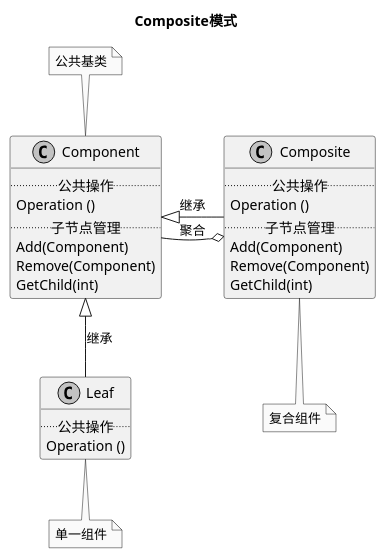
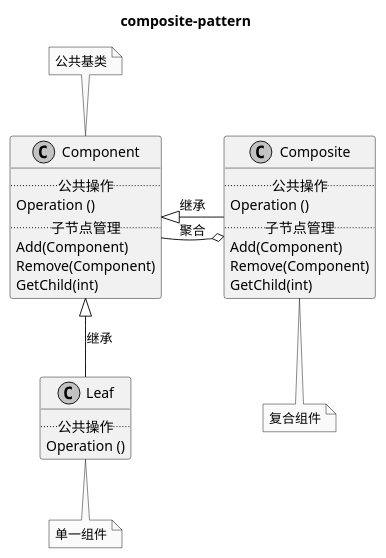
Before and after one commit to bestofsong/design-pattern: the diagram in graphs/composite.plantuml, drawn with PlantUML. The commit also changed 11 other files, not shown here.

```diff
--- a/graphs/composite.plantuml
+++ b/graphs/composite.plantuml
@@ -1,43 +1,43 @@
 @startuml
-title Composite模式
+title composite-pattern
 skinparam monochrome true
 
 class Component {
   ..公共操作..
   Operation ()
   ..子节点管理..
   Add(Component)
   Remove(Component)
   GetChild(int)
 }
 
 note top of Component
 公共基类
 end note
 
 class Leaf {
   ..公共操作..
   Operation ()
 }
 note bottom of Leaf
 单一组件
 end note
 
 class Composite {
   ..公共操作..
   Operation ()
   ..子节点管理..
   Add(Component)
   Remove(Component)
   GetChild(int)
 }
 note bottom of Composite
 复合组件
 end note
 
 
 Component <|-- Leaf : 继承
 Component <|- Composite : 继承
 Component -o Composite : 聚合
 
 @enduml
```
